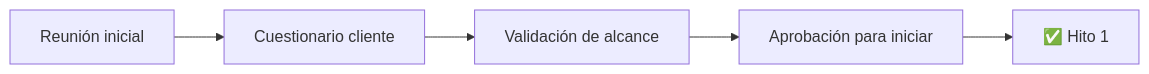
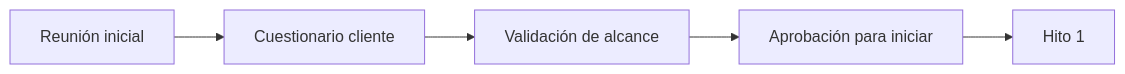
The third of 8 diagrams in whatsApp-learning/roadmap.md (erikaluciafuertes/Project-Proposals), drawn with Mermaid before and after one commit. The commit also changed other lines of this file, not shown here.

````diff
--- a/whatsApp-learning/roadmap.md
+++ b/whatsApp-learning/roadmap.md
@@ -148,7 +148,7 @@
 ```mermaid
 flowchart LR
     A[Reunión inicial] --> B[Cuestionario cliente]
     B --> C[Validación de alcance]
     C --> D[Aprobación para iniciar]
-    D --> E["✅ Hito 1"]
+    D --> E[" Hito 1"]
 ```
````
